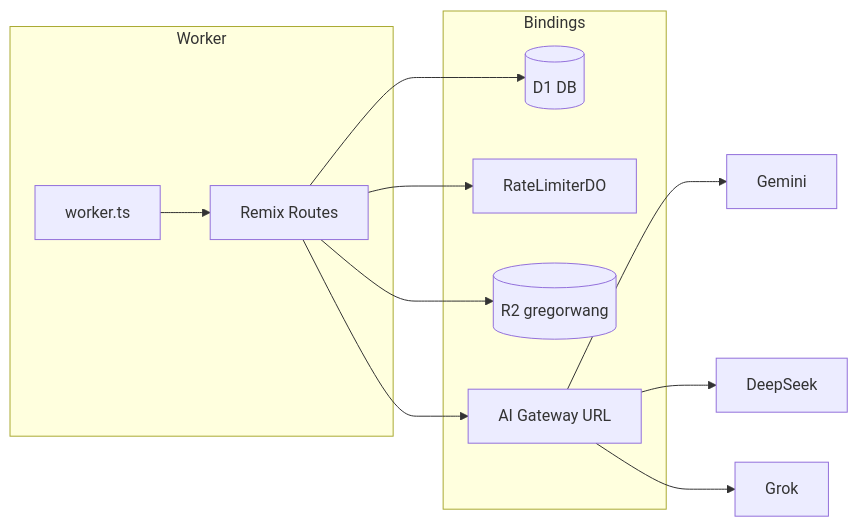
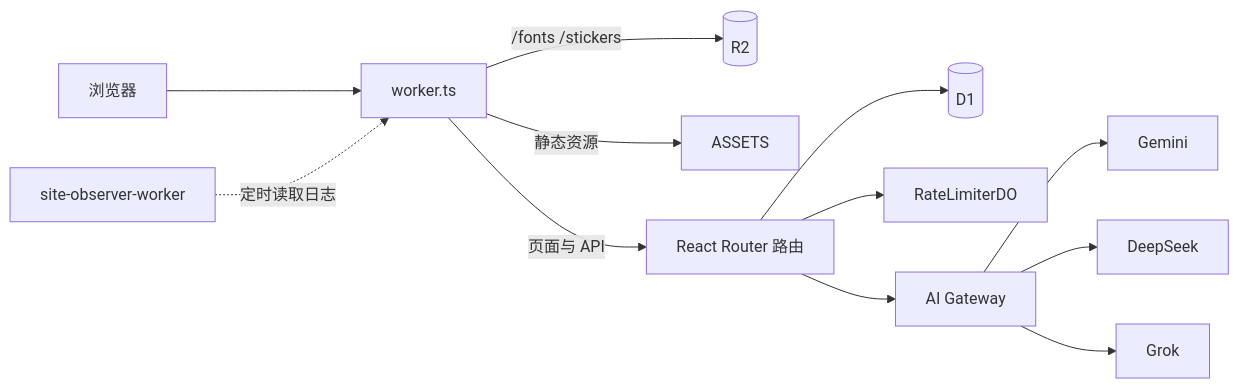
One commit to gregorwang/personal-site-redacted changed the diagram in README.md. Above: the diagram before and after it, drawn with Mermaid. The commit also changed other lines of this file, not shown here.

````diff
--- a/README.md
+++ b/README.md
@@ -98,21 +69,14 @@
 ```mermaid
 flowchart LR
-  subgraph Worker
-    W[worker.ts]
-    R[Remix Routes]
-    W --> R
-  end
-  subgraph Bindings
-    D1[(D1 DB)]
-    DO[RateLimiterDO]
-    R2[(R2 gregorwang)]
-    AI[AI Gateway URL]
-  end
-  R --> D1
-  R --> DO
-  R --> R2
-  R --> AI
-  AI --> Gemini[Gemini]
-  AI --> DeepSeek[DeepSeek]
-  AI --> xAI[Grok]
+  B[浏览器] --> W[worker.ts]
+  W -->|/fonts /stickers| R2[(R2)]
+  W -->|静态资源| A[ASSETS]
+  W -->|页面与 API| RR[React Router 路由]
+  RR --> D1[(D1)]
+  RR --> DO[RateLimiterDO]
+  RR --> AIG[AI Gateway]
+  AIG --> G[Gemini]
+  AIG --> DS[DeepSeek]
+  AIG --> X[Grok]
+  OBS[site-observer-worker] -. 定时读取日志 .-> W
 ```
````
